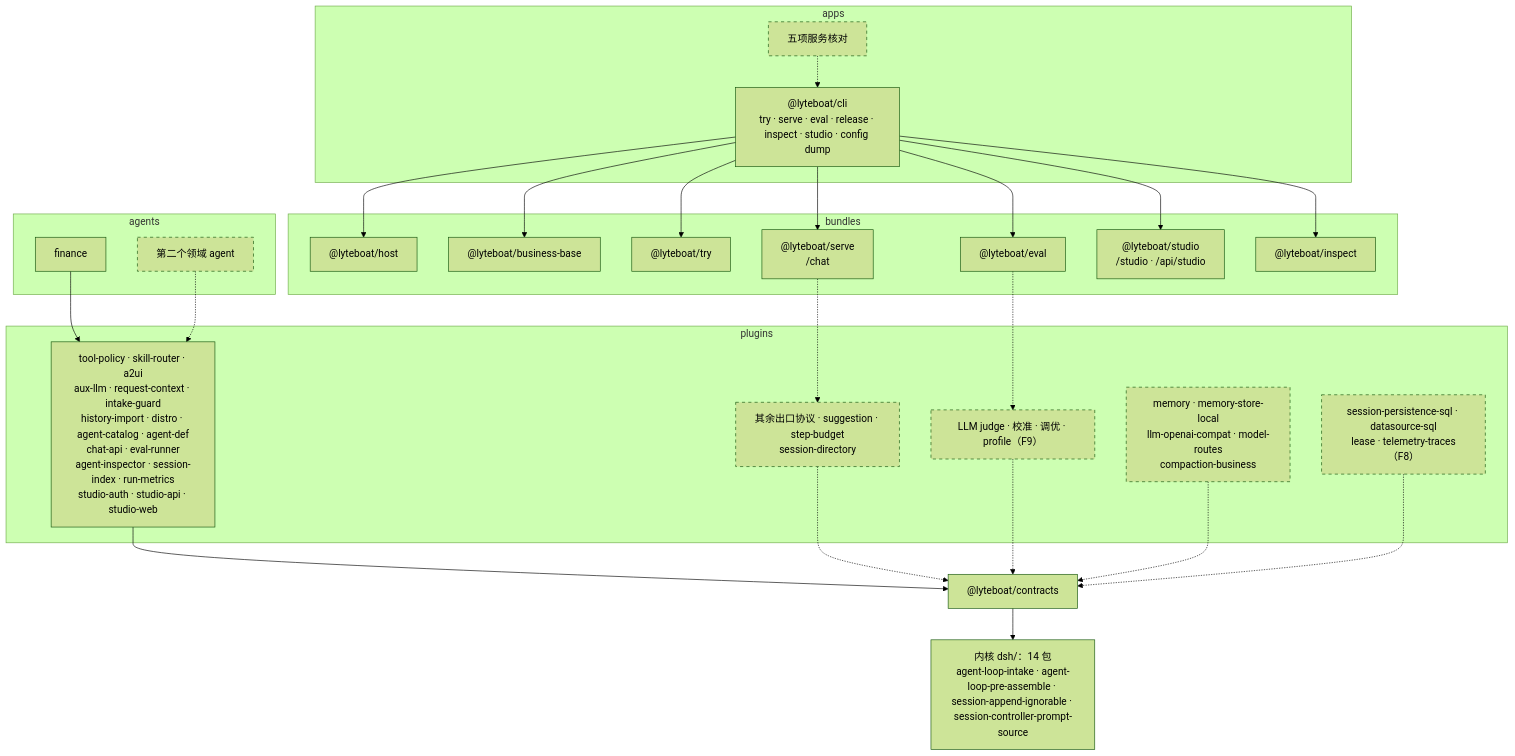
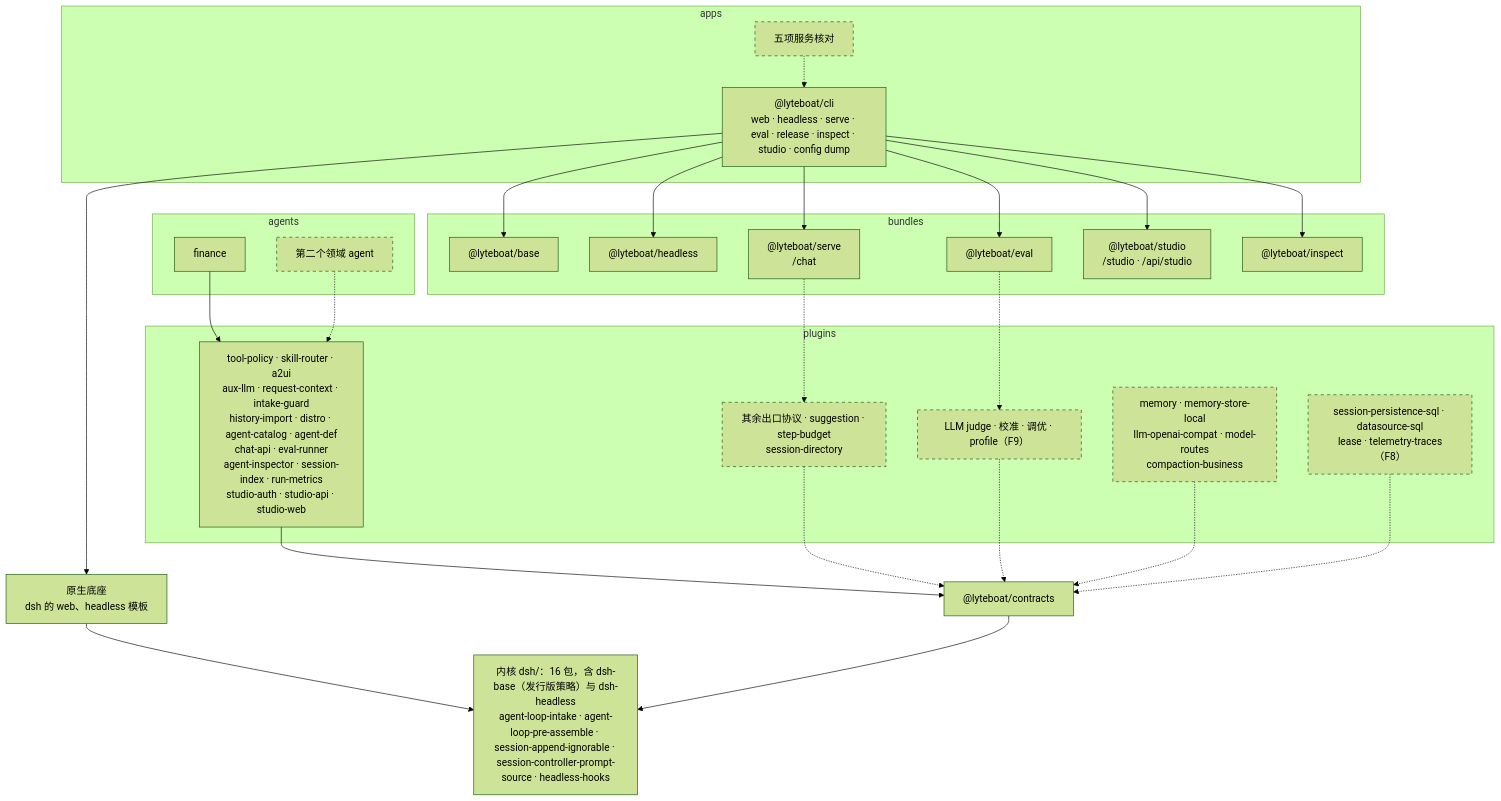
Before and after one commit to lyteboat/lyteboat: the second of 3 diagrams in docs/04-reference-alignment.md, drawn with Mermaid (forest theme). The commit also changed other lines of this file and 13 other files, not shown here.

````diff
--- a/docs/04-reference-alignment.md
+++ b/docs/04-reference-alignment.md
@@ -717,49 +720,50 @@
 ```mermaid
 flowchart TB
   subgraph APPS["apps"]
-    CLI["@lyteboat/cli<br/>try · serve · eval · release · inspect · studio · config dump"]
+    CLI["@lyteboat/cli<br/>web · headless · serve · eval · release · inspect · studio · config dump"]
     CLIN["五项服务核对"]
   end
   subgraph BUNDLES["bundles"]
-    HOST["@lyteboat/host"]
-    BASE["@lyteboat/business-base"]
-    RUN["@lyteboat/try"]
+    BASE["@lyteboat/base"]
+    RUN["@lyteboat/headless"]
     SERVE["@lyteboat/serve<br/>/chat"]
     EVAL["@lyteboat/eval"]
     STUDIO["@lyteboat/studio<br/>/studio · /api/studio"]
     INSPECT["@lyteboat/inspect"]
   end
   subgraph AGENTS["agents"]
     FIN["finance"]
     AG2["第二个领域 agent"]
   end
   subgraph PLUGINS["plugins"]
     HAVE["tool-policy · skill-router · a2ui<br/>aux-llm · request-context · intake-guard<br/>history-import · distro · agent-catalog · agent-def<br/>chat-api · eval-runner<br/>agent-inspector · session-index · run-metrics<br/>studio-auth · studio-api · studio-web"]
     WIRE["其余出口协议 · suggestion · step-budget<br/>session-directory"]
     JUDGE["LLM judge · 校准 · 调优 · profile（F9）"]
     MEM["memory · memory-store-local<br/>llm-openai-compat · model-routes<br/>compaction-business"]
     MULTI["session-persistence-sql · datasource-sql<br/>lease · telemetry-traces（F8）"]
   end
+  NATIVE["原生底座<br/>dsh 的 web、headless 模板"]
   CT["@lyteboat/contracts"]
-  K["内核 dsh/：14 包<br/>agent-loop-intake · agent-loop-pre-assemble · session-append-ignorable · session-controller-prompt-source"]
-  CLI --> HOST
+  K["内核 dsh/：16 包，含 dsh-base（发行版策略）与 dsh-headless<br/>agent-loop-intake · agent-loop-pre-assemble · session-append-ignorable · session-controller-prompt-source · headless-hooks"]
+  CLI --> NATIVE
+  NATIVE --> K
   CLI --> BASE
   CLI --> RUN
   CLI --> SERVE
   CLI --> EVAL
   CLI --> STUDIO
   CLI --> INSPECT
   CLIN -.-> CLI
   SERVE -.-> WIRE
   EVAL -.-> JUDGE
   FIN --> HAVE
   AG2 -.-> HAVE
   HAVE --> CT
   WIRE -.-> CT
   JUDGE -.-> CT
   MEM -.-> CT
   MULTI -.-> CT
   CT --> K
   classDef planned stroke-dasharray: 5 5
   class CLIN,AG2,WIRE,JUDGE,MEM,MULTI planned
 ```
````
